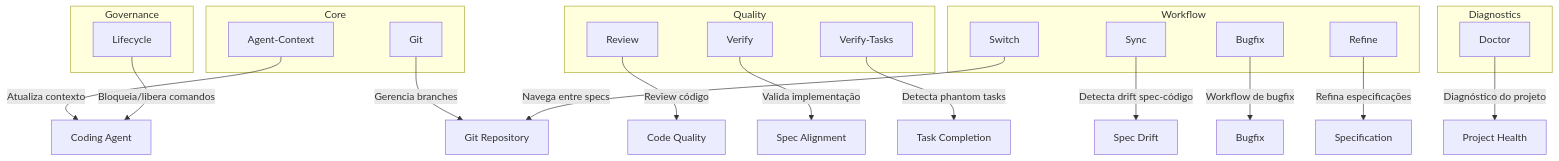
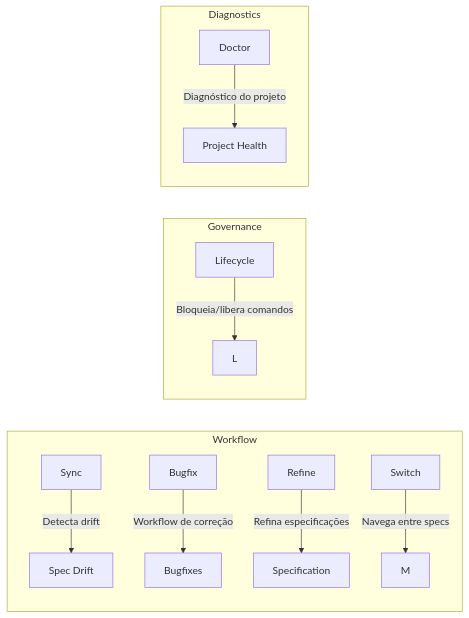
Before and after one commit to wagner-sousa/spec-kit-docker: the fourth of 12 diagrams in README.md, drawn with Mermaid. The commit also changed other lines of this file, not shown here.

````diff
--- a/README.md
+++ b/README.md
@@ -91,40 +150,15 @@
 ```mermaid
-graph TB
-    subgraph "Core"
-        A[Agent-Context]
-        B[Git]
+graph LR
+    subgraph "Workflow"
+        F[Sync] -->|Detecta drift| Q[Spec Drift]
+        G[Bugfix] -->|Workflow de correção| R[Bugfixes]
+        H[Refine] -->|Refina especificações| S[Specification]
+        K[Switch] -->|Navega entre specs| M
     end
-
-    subgraph "Quality"
-        C[Review]
-        D[Verify]
-        E[Verify-Tasks]
+    subgraph "Governance"
+        J[Lifecycle] -->|Bloqueia/libera comandos| L
     end
-
-    subgraph "Workflow"
-        F[Sync]
-        G[Bugfix]
-        H[Refine]
-        K[Switch]
+    subgraph "Diagnostics"
+        I[Doctor] -->|Diagnóstico do projeto| T[Project Health]
     end
-
-    subgraph "Governance"
-        J[Lifecycle]
-    end
-
-    subgraph "Diagnostics"
-        I[Doctor]
-    end
-
-    A -->|Atualiza contexto| L[Coding Agent]
-    B -->|Gerencia branches| M[Git Repository]
-    C -->|Review código| N[Code Quality]
-    D -->|Valida implementação| O[Spec Alignment]
-    E -->|Detecta phantom tasks| P[Task Completion]
-    F -->|Detecta drift spec-código| Q[Spec Drift]
-    G -->|Workflow de bugfix| R[Bugfix]
-    H -->|Refina especificações| S[Specification]
-    J -->|Bloqueia/libera comandos| L
-    K -->|Navega entre specs| M
-    I -->|Diagnóstico do projeto| T[Project Health]
 ```
````
